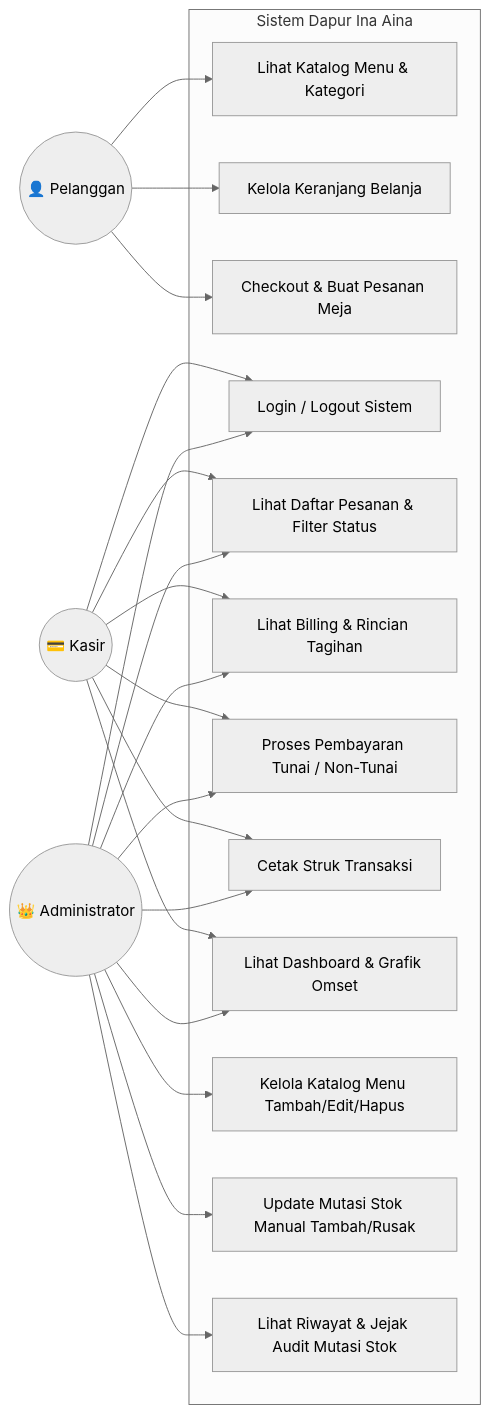
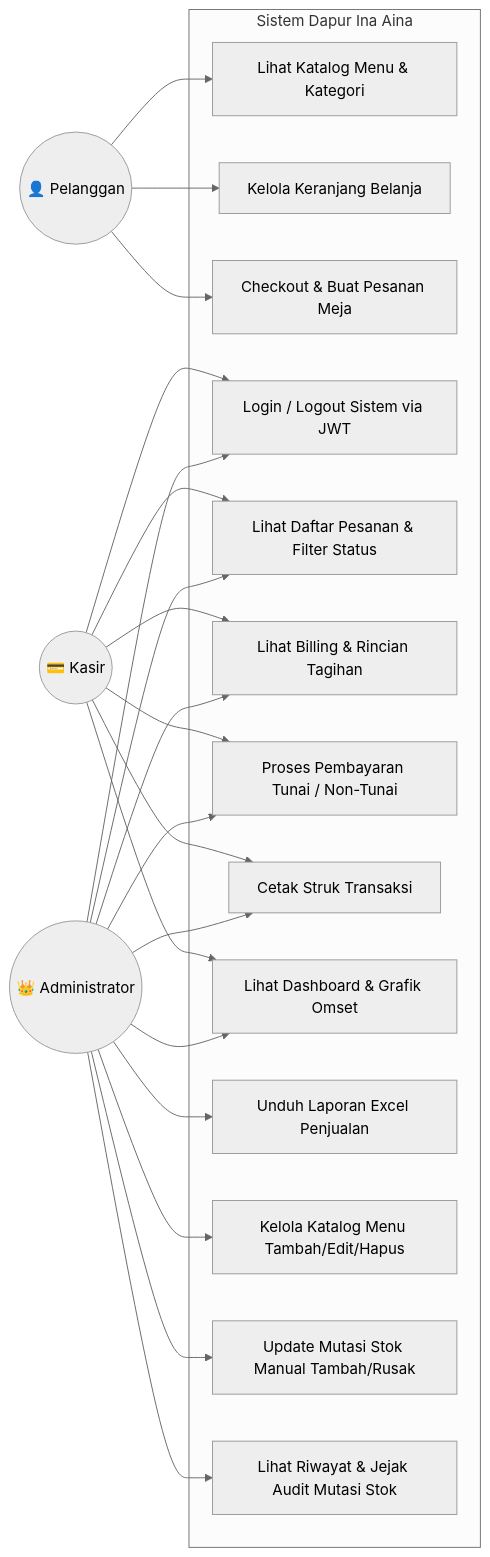
The second of 3 diagrams in RANGKUMAN_PROJEK.md (Fadhil04/dapur-ina-aina), drawn with Mermaid (neutral theme) before and after one commit. The commit also changed other lines of this file and 1 other file, not shown here.

````diff
--- a/RANGKUMAN_PROJEK.md
+++ b/RANGKUMAN_PROJEK.md
@@ -193,44 +216,46 @@
 ```mermaid
 graph LR
     actorCustomer((👤 Pelanggan))
     actorCashier((💳 Kasir))
     actorAdmin((👑 Administrator))
 
     subgraph Sistem Dapur Ina Aina
         UC1[Lihat Katalog Menu & Kategori]
         UC2[Kelola Keranjang Belanja]
         UC3[Checkout & Buat Pesanan Meja]
         
-        UC4[Login / Logout Sistem]
+        UC4[Login / Logout Sistem via JWT]
         UC5[Lihat Daftar Pesanan & Filter Status]
         UC6[Lihat Billing & Rincian Tagihan]
         UC7[Proses Pembayaran Tunai / Non-Tunai]
         UC8[Cetak Struk Transaksi]
         UC9[Lihat Dashboard & Grafik Omset]
+        UC10[Unduh Laporan Excel Penjualan]
 
-        UC10[Kelola Katalog Menu Tambah/Edit/Hapus]
-        UC11[Update Mutasi Stok Manual Tambah/Rusak]
-        UC12[Lihat Riwayat & Jejak Audit Mutasi Stok]
+        UC11[Kelola Katalog Menu Tambah/Edit/Hapus]
+        UC12[Update Mutasi Stok Manual Tambah/Rusak]
+        UC13[Lihat Riwayat & Jejak Audit Mutasi Stok]
     end
 
     actorCustomer --> UC1
     actorCustomer --> UC2
     actorCustomer --> UC3
 
     actorCashier --> UC4
     actorCashier --> UC5
     actorCashier --> UC6
     actorCashier --> UC7
     actorCashier --> UC8
     actorCashier --> UC9
 
     actorAdmin --> UC4
     actorAdmin --> UC5
     actorAdmin --> UC6
     actorAdmin --> UC7
     actorAdmin --> UC8
     actorAdmin --> UC9
     actorAdmin --> UC10
     actorAdmin --> UC11
     actorAdmin --> UC12
+    actorAdmin --> UC13
 ```
````
